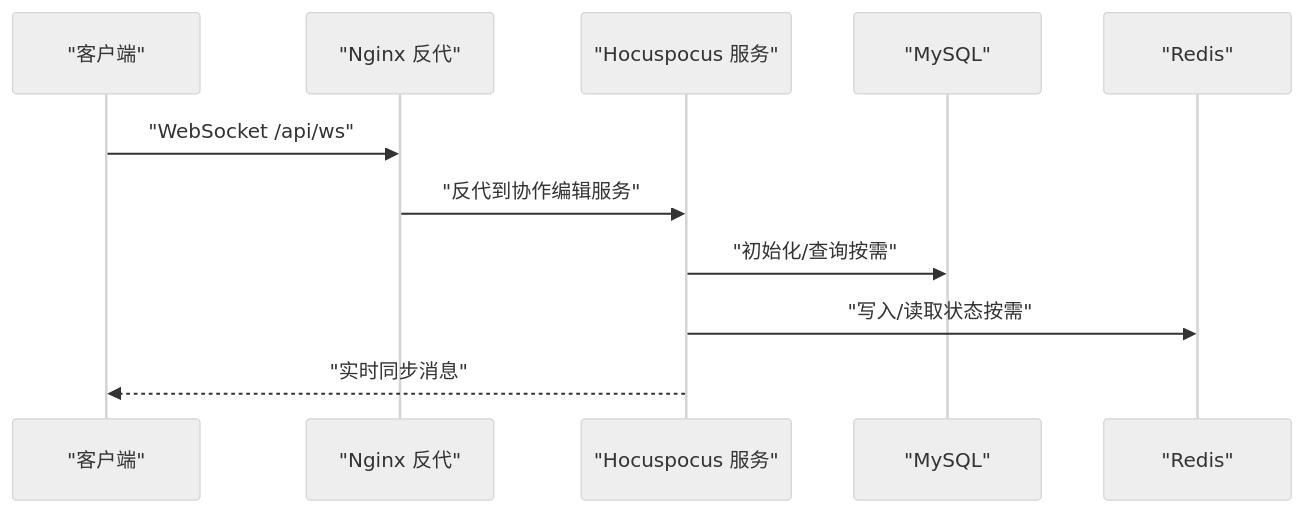
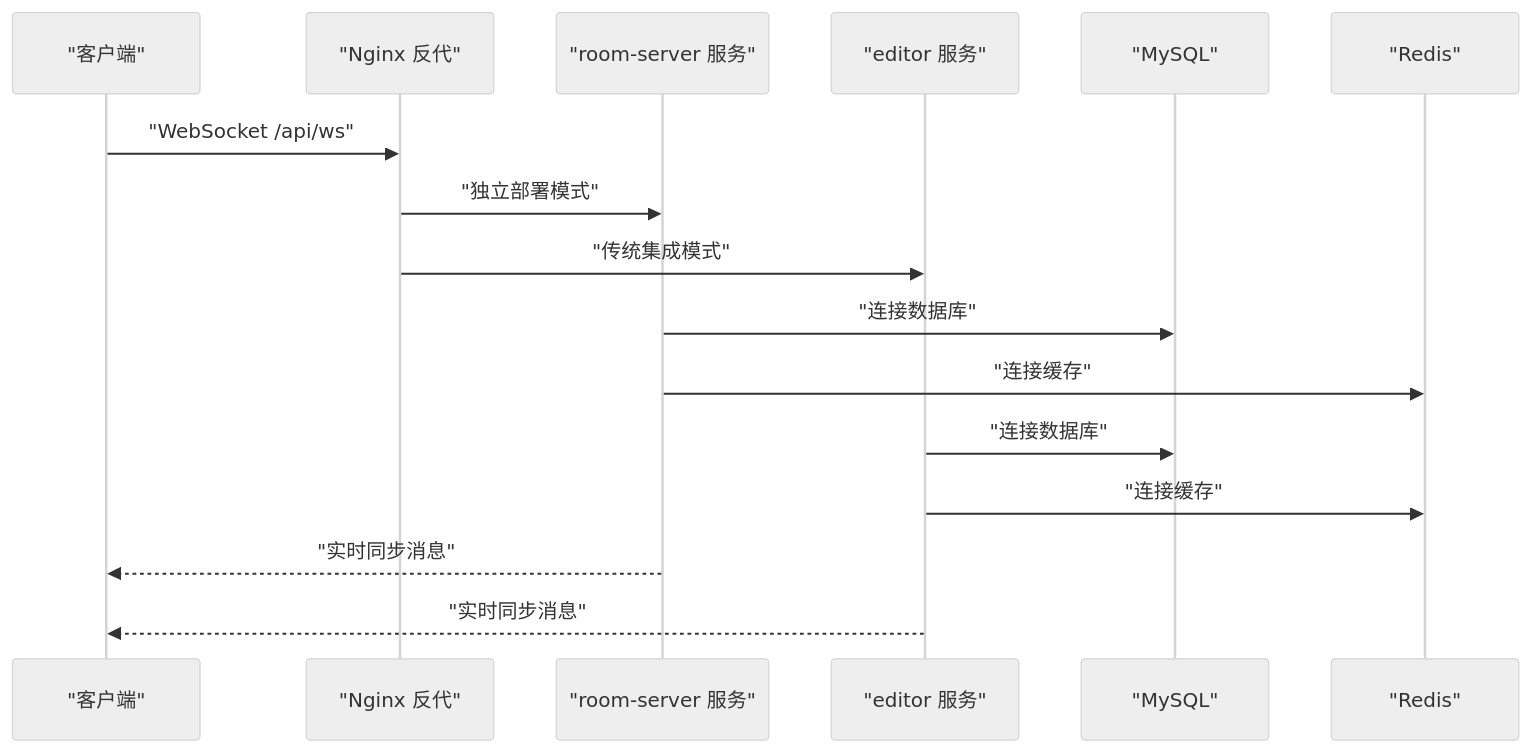
Before and after one commit to LRF0422/Kotion: the fourth of 7 diagrams in .qoder/repowiki/zh/content/部署配置/部署配置.md, drawn with Mermaid (neutral theme). The commit also changed other lines of this file and 75 other files, not shown here.

````diff
--- a/.qoder/repowiki/zh/content/部署配置/部署配置.md
+++ b/.qoder/repowiki/zh/content/部署配置/部署配置.md
@@ -119,13 +232,18 @@
 ```mermaid
 sequenceDiagram
 participant Client as "客户端"
 participant Nginx as "Nginx 反代"
-participant Hocus as "Hocuspocus 服务"
+participant RoomServer as "room-server 服务"
+participant EditorServer as "editor 服务"
 participant DB as "MySQL"
 participant Cache as "Redis"
 Client->>Nginx : "WebSocket /api/ws"
-Nginx->>Hocus : "反代到协作编辑服务"
-Hocus->>DB : "初始化/查询按需"
-Hocus->>Cache : "写入/读取状态按需"
-Hocus-->>Client : "实时同步消息"
+Nginx->>RoomServer : "独立部署模式"
+Nginx->>EditorServer : "传统集成模式"
+RoomServer->>DB : "连接数据库"
+RoomServer->>Cache : "连接缓存"
+EditorServer->>DB : "连接数据库"
+EditorServer->>Cache : "连接缓存"
+RoomServer-->>Client : "实时同步消息"
+EditorServer-->>Client : "实时同步消息"
 ```
````
